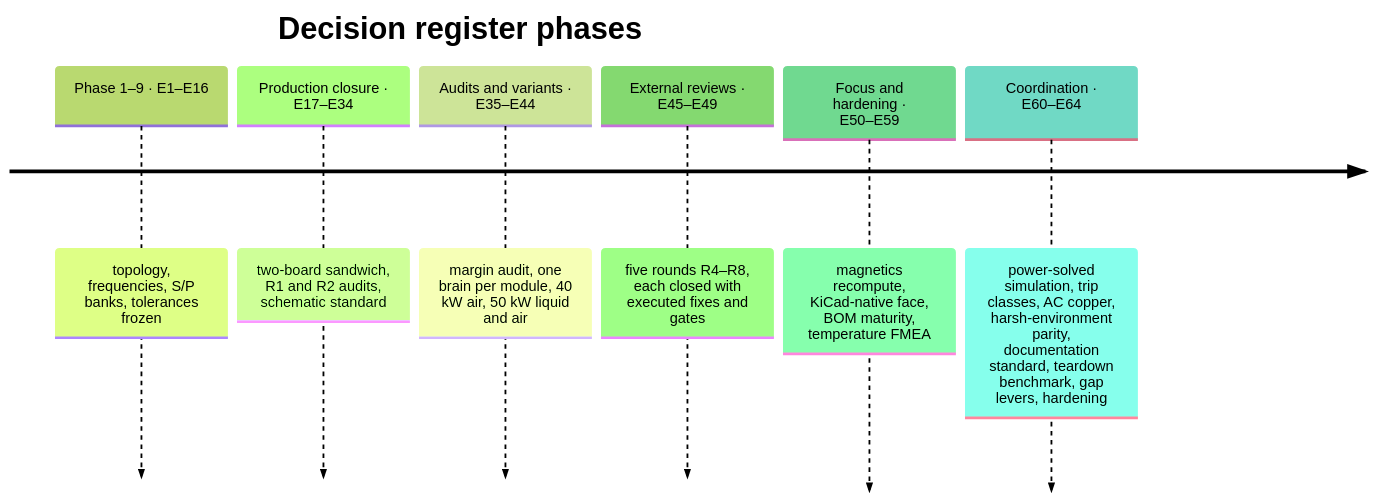
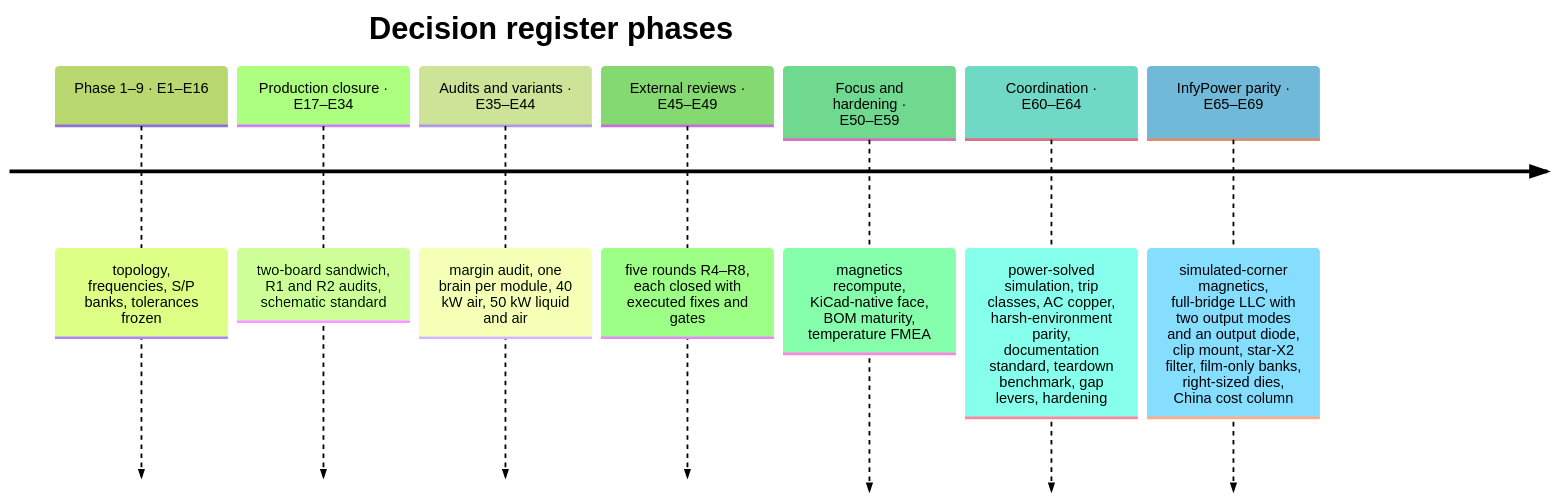
The fourth of 4 diagrams in docs/architecture.md (vectivolt/DC-Modules), drawn with Mermaid (forest theme) before and after one commit. The commit also changed other lines of this file and 121 other files, not shown here.

````diff
--- a/docs/architecture.md
+++ b/docs/architecture.md
@@ -182,10 +184,11 @@
 ```mermaid
 timeline
   title Decision register phases
   Phase 1–9 · E1–E16 : topology, frequencies, S/P banks, tolerances frozen
   Production closure · E17–E34 : two-board sandwich, R1 and R2 audits, schematic standard
   Audits and variants · E35–E44 : margin audit, one brain per module, 40 kW air, 50 kW liquid and air
   External reviews · E45–E49 : five rounds R4–R8, each closed with executed fixes and gates
   Focus and hardening · E50–E59 : magnetics recompute, KiCad-native face, BOM maturity, temperature FMEA
   Coordination · E60–E64 : power-solved simulation, trip classes, AC copper, harsh-environment parity, documentation standard, teardown benchmark, gap levers, hardening
+  InfyPower parity · E65–E69 : simulated-corner magnetics, full-bridge LLC with two output modes and an output diode, clip mount, star-X2 filter, film-only banks, right-sized dies, China cost column
 ```
````
